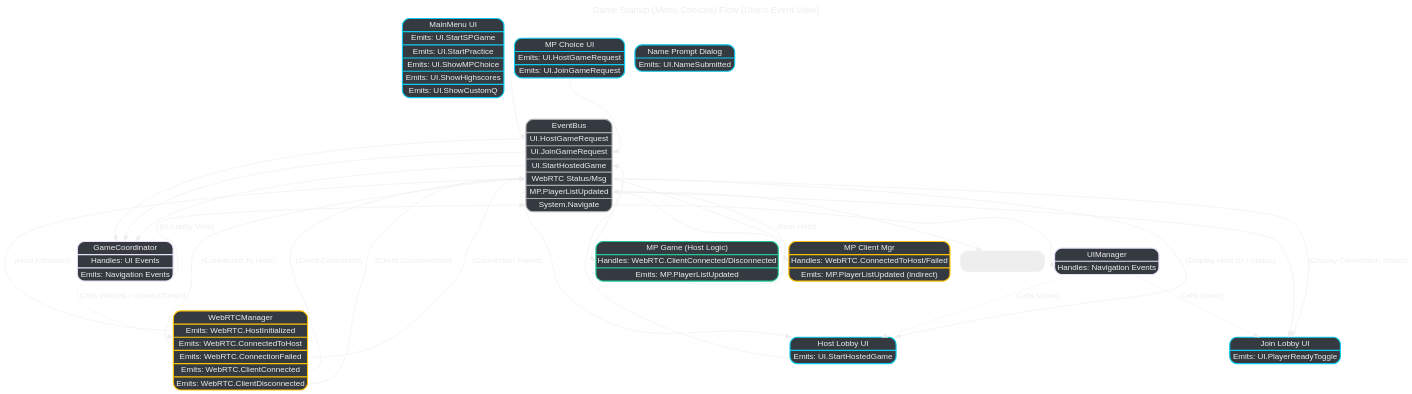
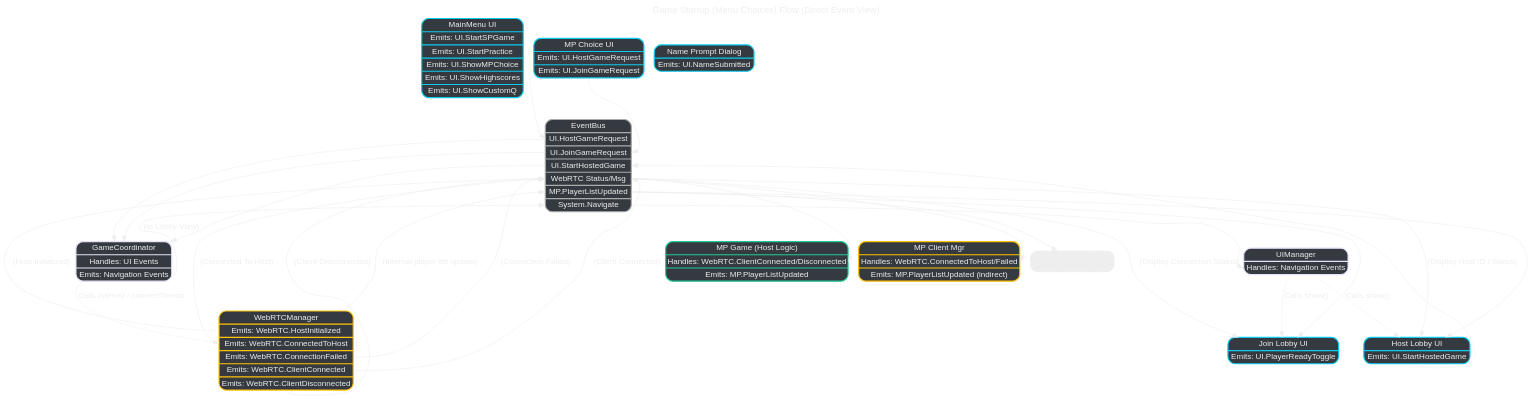
One commit to SchizoDuckie/unicornpoep changed the sixth of 16 diagrams in v2/docs/events-flow.md. Above: the diagram before and after it, drawn with Graphviz. The commit also changed other lines of this file and 70 other files, not shown here.

````diff
--- a/v2/docs/events-flow.md
+++ b/v2/docs/events-flow.md
@@ -239,78 +239,79 @@
 ```dot
 // VERSION: Without EventBus
 digraph GameStartup_Direct {
     rankdir=TD;
     sep="0.6";
     overlap=false;
     bgcolor="transparent";
     fontname="Arial";
     node [shape=box, style="rounded,filled", fontcolor="#eeeeee", color="#eeeeee", fontname="Arial"];
     edge [fontcolor="#eeeeee", color="#eeeeee", fontname="Arial"];
     graph [label="Game Startup (Menu Choices) Flow (Direct Event View)", labelloc=t, fontsize=16, fontcolor="#eeeeee"];
 
     // Node Styles (Dark fill, specific border remains)
     MainMenuComponent [shape="record", fillcolor="#343a40", color="#0dcaf0", penwidth=2,
                        label="{ MainMenu UI | {<emits_sp> Emits: UI.StartSPGame} | {<emits_pr> Emits: UI.StartPractice} | {<emits_mp> Emits: UI.ShowMPChoice} | {<emits_hs> Emits: UI.ShowHighscores} | {<emits_cq> Emits: UI.ShowCustomQ} }"];
     MultiplayerChoiceComponent [shape="record", fillcolor="#343a40", color="#0dcaf0", penwidth=2,
                                 label="{ MP Choice UI | {<emits_host> Emits: UI.HostGameRequest} | {<emits_join> Emits: UI.JoinGameRequest} }"];
     HostLobbyComponent [shape="record", fillcolor="#343a40", color="#0dcaf0", penwidth=2,
                         label="{ Host Lobby UI | {<emits_start> Emits: UI.StartHostedGame} }"]; // Example
     JoinLobbyComponent [shape="record", fillcolor="#343a40", color="#0dcaf0", penwidth=2,
                         label="{ Join Lobby UI | {<emits_ready> Emits: UI.PlayerReadyToggle} }"]; // Example
     NamePromptDialog [shape="record", fillcolor="#343a40", color="#0dcaf0", penwidth=2,
                       label="{ Name Prompt Dialog | {<emits_name> Emits: UI.NameSubmitted} }"];
     GameCoordinator [shape="record", fillcolor="#343a40", color="#e6e0f8", penwidth=2,
                      label="{ GameCoordinator | {<handles_ui> Handles: UI Events} | {<emits_nav> Emits: Navigation Events} }"]; // Handles the grouped UI Event
     UIManager [shape="record", fillcolor="#343a40", color="#e6e0f8", penwidth=2,
                label="{ UIManager | {<handles_nav> Handles: Navigation Events} }"];
     WebRTCManager [shape="record", fillcolor="#343a40", color="#ffc107", penwidth=2,
                    label="{ WebRTCManager | {<emits_init> Emits: WebRTC.HostInitialized} | {<emits_conn> Emits: WebRTC.ConnectedToHost} | {<emits_fail> Emits: WebRTC.ConnectionFailed} | {<emits_cli_conn> Emits: WebRTC.ClientConnected} | {<emits_cli_dis> Emits: WebRTC.ClientDisconnected} }"]; // Specific emits
     MultiplayerGame [shape="record", fillcolor="#343a40", color="#20c997", penwidth=2,
                      label="{ MP Game (Host Logic) | {<handles_rtc> Handles: WebRTC.ClientConnected/Disconnected} | {<emits_state> Emits: MP.PlayerListUpdated} }"]; // Specific handles/emits
     MultiplayerClientManager [shape="record", fillcolor="#343a40", color="#ffc107", penwidth=2,
                               label="{ MP Client Mgr | {<handles_rtc> Handles: WebRTC.ConnectedToHost/Failed} | {<emits_state> Emits: MP.PlayerListUpdated (indirect)} }"]; // Specific handles/emits
 
     // EventBus: Specific events or useful groups for lobby flow
     EventBus [shape="record", fillcolor="#343a40", color="#aaaaaa", penwidth=2,
-              label="{ EventBus | {<evUIHost> UI.HostGameRequest} | {<evUIJoin> UI.JoinGameRequest} | {<evUIStart> UI.StartHostedGame} | {<evWebRTC> WebRTC Status/Msg} | {<evMPState> MP.PlayerListUpdated} | {<evNav> System.Navigate} }"]; // More specific UI ports
+              label="{ EventBus | {<evUIHost> UI.HostGameRequest} | {<evUIJoin> UI.JoinGameRequest} | {<evUIStart> UI.StartHostedGame} | {<evWebRTC> WebRTC Status/Msg} | {<evPlayerListUpdate> MP.PlayerListUpdated} | {<evNav> System.Navigate} }"]; // Renamed evMPState to evPlayerListUpdate
 
     // 1. User Chooses Host/Join (Specific Events)
     MultiplayerChoiceComponent:emits_host -> EventBus:evUIHost; MultiplayerChoiceComponent:emits_join -> EventBus:evUIJoin;
     EventBus:evUIHost -> GameCoordinator:handles_choice; EventBus:evUIJoin -> GameCoordinator:handles_choice;
 
     // 2. Coordinator Initiates Connection (Direct Call + Event)
     GameCoordinator -> WebRTCManager [label=" Calls initHost / connectToHost", style=dashed];
     GameCoordinator:emits_nav -> EventBus:evNav [label=" (to Lobby View)"];
     EventBus:evNav -> UIManager:handles_nav;
     UIManager -> HostLobbyComponent [label=" Calls show()", style=dashed]; UIManager -> JoinLobbyComponent [label=" Calls show()", style=dashed];
 
     // 3. WebRTC Reports Status (Specific Events -> Grouped Port)
     WebRTCManager:emits_init -> EventBus:evWebRTC [label=" (Host Initialized)"];
     WebRTCManager:emits_conn -> EventBus:evWebRTC [label=" (Connected To Host)"];
     WebRTCManager:emits_fail -> EventBus:evWebRTC [label=" (Connection Failed)"];
     EventBus:evWebRTC -> HostLobbyComponent:handles_rtc [label=" (Display Host ID / Status)"];
     EventBus:evWebRTC -> JoinLobbyComponent:handles_rtc [label=" (Display Connection Status)"];
     EventBus:evWebRTC -> MultiplayerClientManager:handles_rtc [label=""]; // Client manager needs connected/failed status
 
     // 4. Client Connects / Disconnects (Specific Events -> Grouped Port)
     WebRTCManager:emits_cli_conn -> EventBus:evWebRTC [label=" (Client Connected)"];
     WebRTCManager:emits_cli_dis -> EventBus:evWebRTC [label=" (Client Disconnected)"];
+    WebRTCManager:emits_player_update -> EventBus:evPlayerListUpdate [label=" (Internal player list update)"]; // Target renamed port
 
     // 5. Host/Client Manager Notified (Handles Grouped Event)
     EventBus:evWebRTC -> MultiplayerGame:handles_rtc [label=""]; // Host needs connect/disconnect
     // Client manager already handled its connect/fail status in step 3
 
     // 6. Host/Client Managers Update Player State (Specific Event)
-    MultiplayerGame:emits_state -> EventBus:evMPState [label=""];
-    MultiplayerClientManager:emits_state -> EventBus:evMPState [label=" (from Host)"]; // Client relays state from host
+    // MultiplayerGame:emits_state -> EventBus:evPlayerListUpdate [label=""]; // Host logic no longer emits this directly for UI update
+    // MultiplayerClientManager:emits_state -> EventBus:evPlayerListUpdate [label=" (from Host)"]; // Client relays state from host
 
     // 7. UI Updates Player List (Handles Specific Event)
-    EventBus:evMPState -> HostLobbyComponent:handles_state [label=""];
-    EventBus:evMPState -> JoinLobbyComponent:handles_state [label=""];
-    EventBus:evMPState -> PlayerListComponent:handles_state [label=""];
+    EventBus:evPlayerListUpdate -> HostLobbyComponent:handles_state [label=""]; // Source renamed port
+    EventBus:evPlayerListUpdate -> JoinLobbyComponent:handles_state [label=""]; // Source renamed port
+    EventBus:evPlayerListUpdate -> PlayerListComponent:handles_state [label=""]; // Source renamed port
 
     // 8. Host Starts Game (Specific Event)
     HostLobbyComponent:emits_start -> EventBus:evUIStart [label=""];
     EventBus:evUIStart -> GameCoordinator:handles_lobby [label=""];
 }
 ```
````
